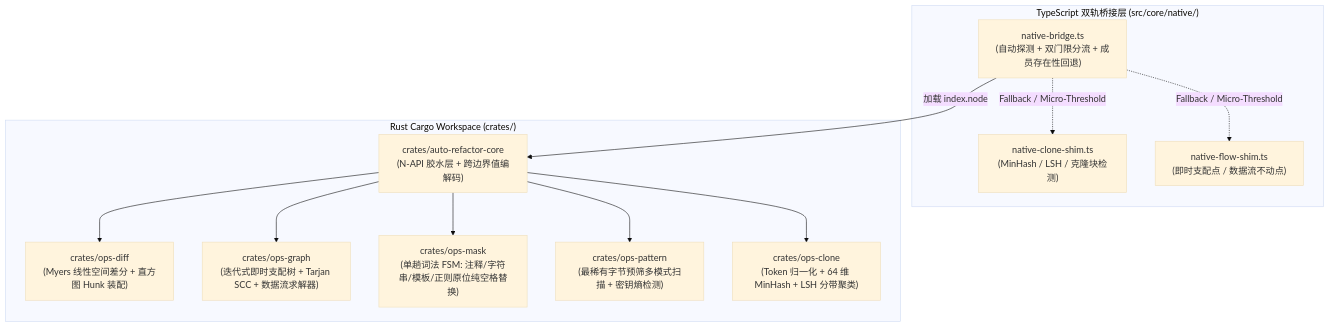
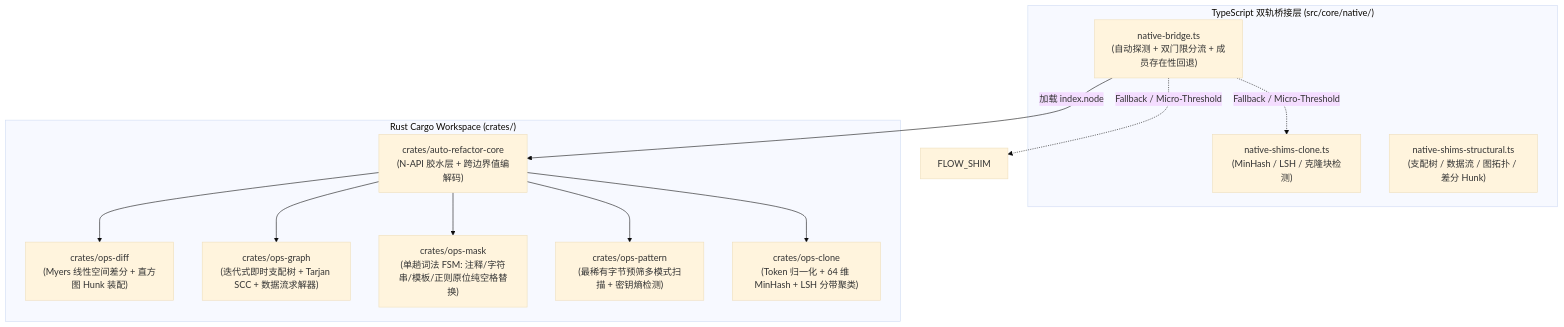
One commit to guilingzhouyi-creator/vscode-extensions changed the first of 3 diagrams in auto-refactor/docs/01-architecture/05-rust-native-operator-kernel.md. Above: the diagram before and after it, drawn with Mermaid (base theme). The commit also changed other lines of this file and 10 other files, not shown here.

````diff
--- a/auto-refactor/docs/01-architecture/05-rust-native-operator-kernel.md
+++ b/auto-refactor/docs/01-architecture/05-rust-native-operator-kernel.md
@@ -12,26 +12,26 @@
 ```mermaid
 flowchart TD
   subgraph TS["TypeScript 双轨桥接层 (src/core/native/)"]
     BRIDGE["native-bridge.ts<br/>(自动探测 + 双门限分流 + 成员存在性回退)"]
-    CLONE_SHIM["native-clone-shim.ts<br/>(MinHash / LSH / 克隆块检测)"]
-    FLOW_SHIM["native-flow-shim.ts<br/>(即时支配点 / 数据流不动点)"]
+    CLONE_SHIM["native-shims-clone.ts<br/>(MinHash / LSH / 克隆块检测)"]
+    STRUCT_SHIM["native-shims-structural.ts<br/>(支配树 / 数据流 / 图拓扑 / 差分 Hunk)"]
   end
 
   subgraph RUST["Rust Cargo Workspace (crates/)"]
     CORE["crates/auto-refactor-core<br/>(N-API 胶水层 + 跨边界值编解码)"]
     DIFF["crates/ops-diff<br/>(Myers 线性空间差分 + 直方图 Hunk 装配)"]
     GRAPH["crates/ops-graph<br/>(迭代式即时支配树 + Tarjan SCC + 数据流求解器)"]
     MASK["crates/ops-mask<br/>(单趟词法 FSM: 注释/字符串/模板/正则原位纯空格替换)"]
     PATTERN["crates/ops-pattern<br/>(最稀有字节预筛多模式扫描 + 密钥熵检测)"]
     CLONE["crates/ops-clone<br/>(Token 归一化 + 64 维 MinHash + LSH 分带聚类)"]
   end
 
   BRIDGE -->|"加载 index.node"| CORE
   BRIDGE -. "Fallback / Micro-Threshold" .-> CLONE_SHIM
   BRIDGE -. "Fallback / Micro-Threshold" .-> FLOW_SHIM
   CORE --> DIFF
   CORE --> GRAPH
   CORE --> MASK
   CORE --> PATTERN
   CORE --> CLONE
 ```
````
